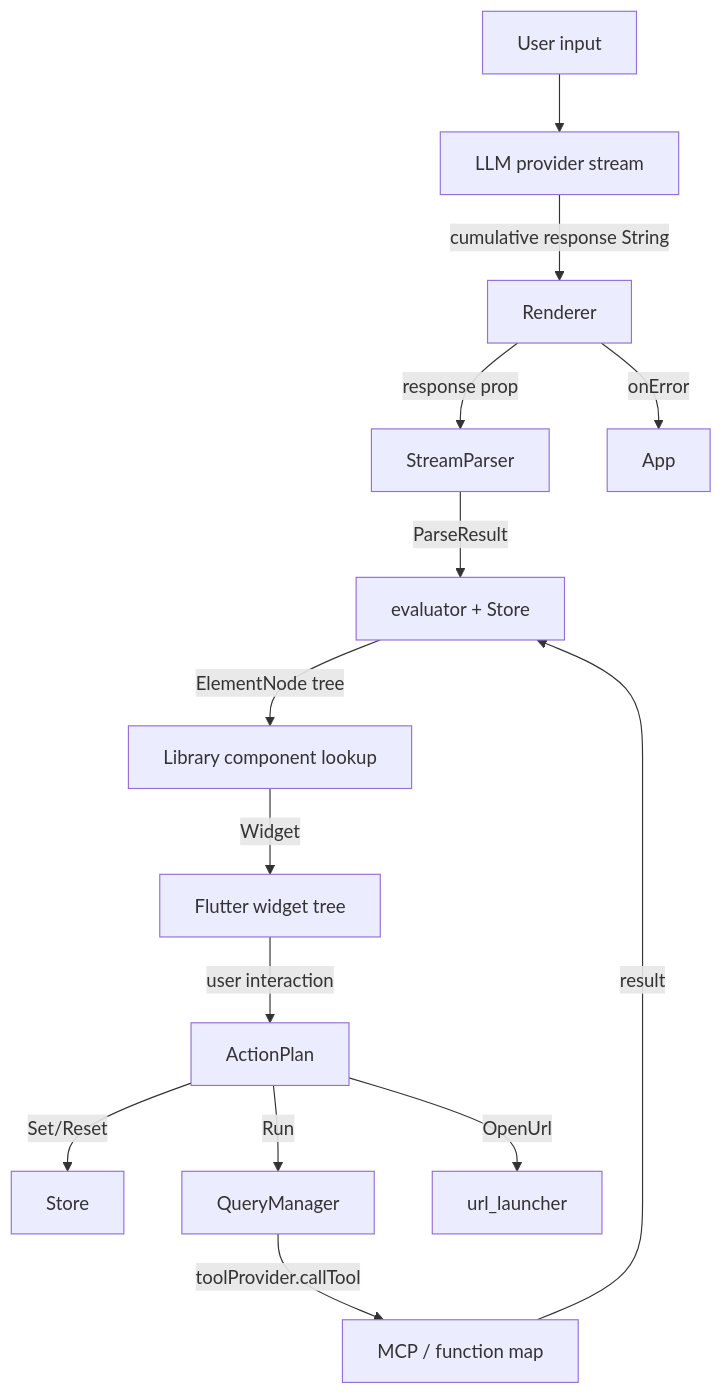
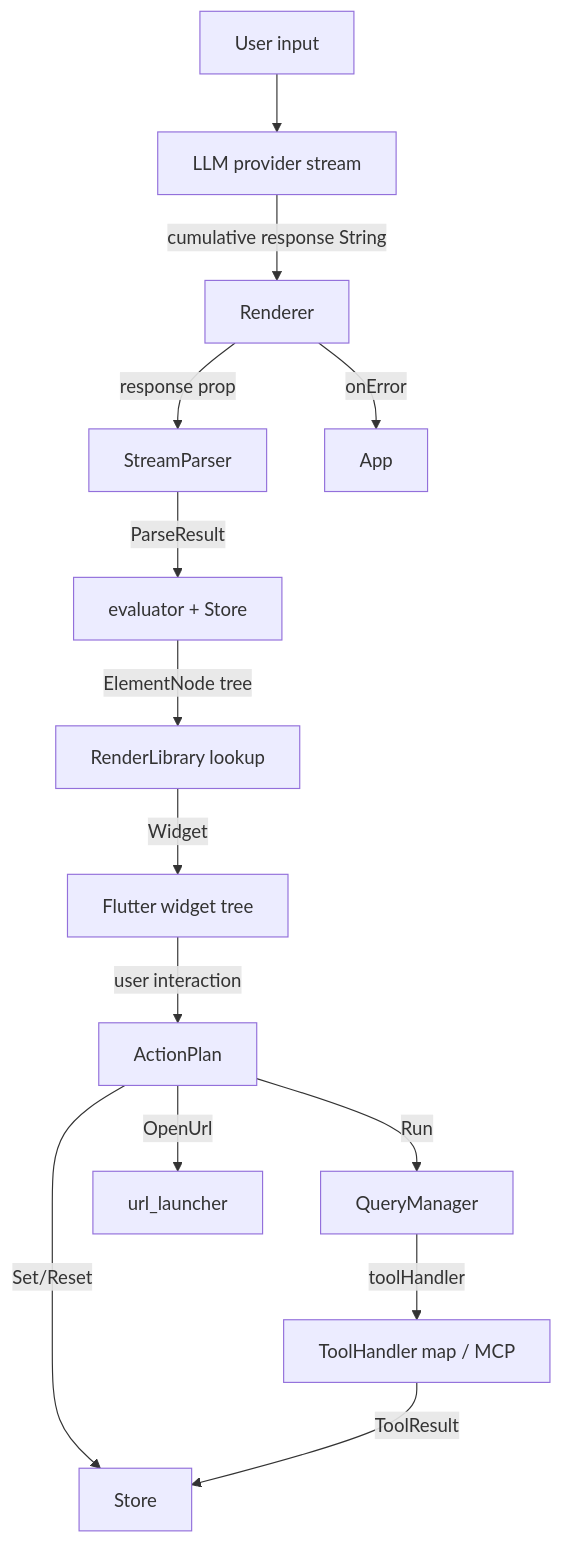
The second of 2 diagrams in docs/architecture.md (mtwichel/openui_flutter), drawn with Mermaid before and after one commit. The commit also changed other lines of this file and 1 other file, not shown here.

First line of the commit message:
docs: update architecture and lang-reference for RenderLibrary refactor

````diff
--- a/docs/architecture.md
+++ b/docs/architecture.md
@@ -48,16 +48,16 @@
 ```mermaid
 flowchart TD
   User[User input] --> LLM[LLM provider stream]
   LLM -->|cumulative response String| Renderer
   Renderer -->|response prop| Parser[StreamParser]
   Parser -->|ParseResult| Evaluator[evaluator + Store]
-  Evaluator -->|ElementNode tree| ComponentMap[Library component lookup]
-  ComponentMap -->|Widget| Tree[Flutter widget tree]
+  Evaluator -->|ElementNode tree| RenderLib[RenderLibrary lookup]
+  RenderLib -->|Widget| Tree[Flutter widget tree]
   Tree -->|user interaction| ActionPlan
   ActionPlan -->|Set/Reset| Store
   ActionPlan -->|Run| QueryManager
-  QueryManager -->|toolProvider.callTool| Tool[MCP / function map]
-  Tool -->|result| Evaluator
+  QueryManager -->|toolHandler| Tool[ToolHandler map / MCP]
+  Tool -->|ToolResult| Store
   ActionPlan -->|OpenUrl| UrlLauncher[url_launcher]
   Renderer -->|onError| App
 ```
````
